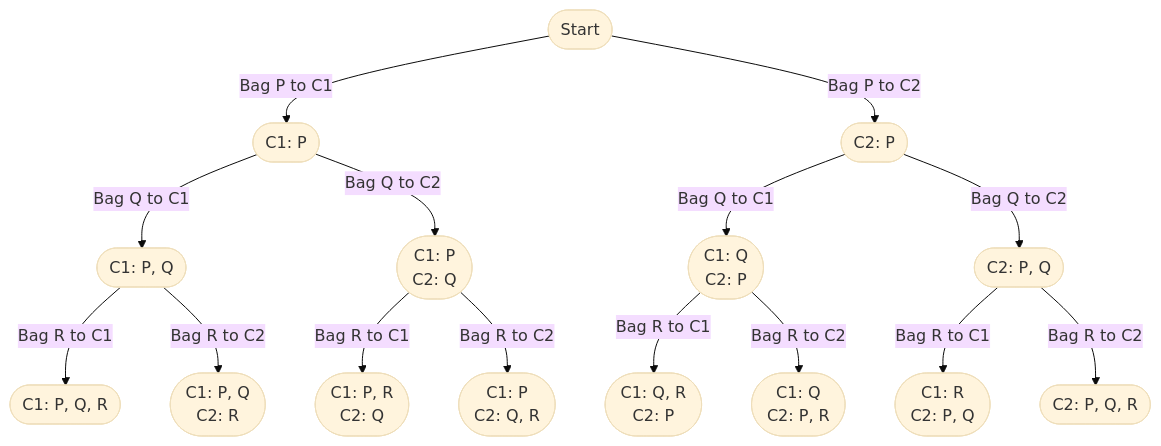
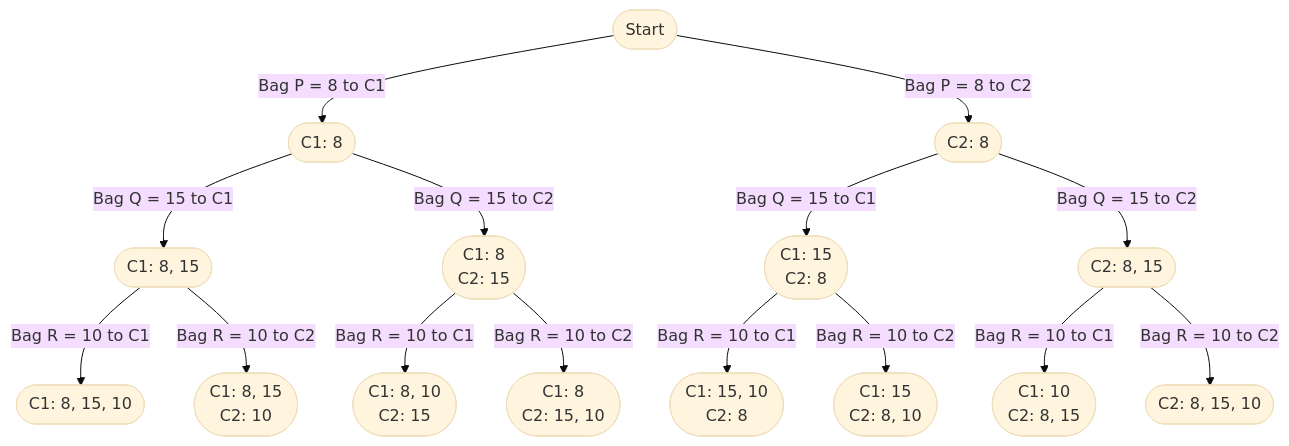
The diagram in docs/leetcode/2305-fair-distribution-of-cookies.mdx (vchoudhari45/codingcargo-2.0), drawn with Mermaid (base theme) before and after one commit.

Commit message:
Adding 2305

````diff
--- a/docs/leetcode/2305-fair-distribution-of-cookies.mdx
+++ b/docs/leetcode/2305-fair-distribution-of-cookies.mdx
@@ -33,23 +33,23 @@
 ```mermaid
 graph TD
-    A([Start]) -->|Bag P to C1| B([C1: P])
-    A -->|Bag P to C2| C([C2: P])
+    A([Start]) -->|Bag P = 8 to C1| B([C1: 8])
+    A -->|Bag P = 8 to C2| C([C2: 8])
 	
-    B -->|Bag Q to C1| D([C1: P, Q])
-    B -->|Bag Q to C2| E([C1: P <br /> C2: Q])
+    B -->|Bag Q = 15 to C1| D([C1: 8, 15])
+    B -->|Bag Q = 15 to C2| E([C1: 8 <br /> C2: 15])
 
-    C -->|Bag Q to C1| F([C1: Q <br /> C2: P])
-    C -->|Bag Q to C2| G([C2: P, Q])
+    C -->|Bag Q = 15 to C1| F([C1: 15 <br /> C2: 8])
+    C -->|Bag Q = 15 to C2| G([C2: 8, 15])
 
-    D -->|Bag R to C1| H([C1: P, Q, R])
-		D -->|Bag R to C2| I([C1: P, Q <br /> C2: R])
+    D -->|Bag R = 10 to C1| H([C1: 8, 15, 10])
+		D -->|Bag R = 10 to C2| I([C1: 8, 15 <br /> C2: 10])
 
-    E -->|Bag R to C1| J([C1: P, R <br /> C2: Q])
-		E -->|Bag R to C2| K([C1: P <br /> C2: Q, R])
+    E -->|Bag R = 10 to C1| J([C1: 8, 10 <br /> C2: 15])
+		E -->|Bag R = 10 to C2| K([C1: 8 <br /> C2: 15, 10])
 
-    F -->|Bag R to C1| N([C1: Q, R <br /> C2: P])
-		F -->|Bag R to C2| O([C1: Q <br /> C2: P, R])
+    F -->|Bag R = 10 to C1| N([C1: 15, 10 <br /> C2: 8])
+		F -->|Bag R = 10 to C2| O([C1: 15 <br /> C2: 8, 10])
 
-		G -->|Bag R to C1| L([C1: R <br /> C2: P, Q])
-		G -->|Bag R to C2| M([C2: P, Q, R])
+		G -->|Bag R = 10 to C1| L([C1: 10 <br /> C2: 8, 15])
+		G -->|Bag R = 10 to C2| M([C2: 8, 15, 10])
 ``` 
````
